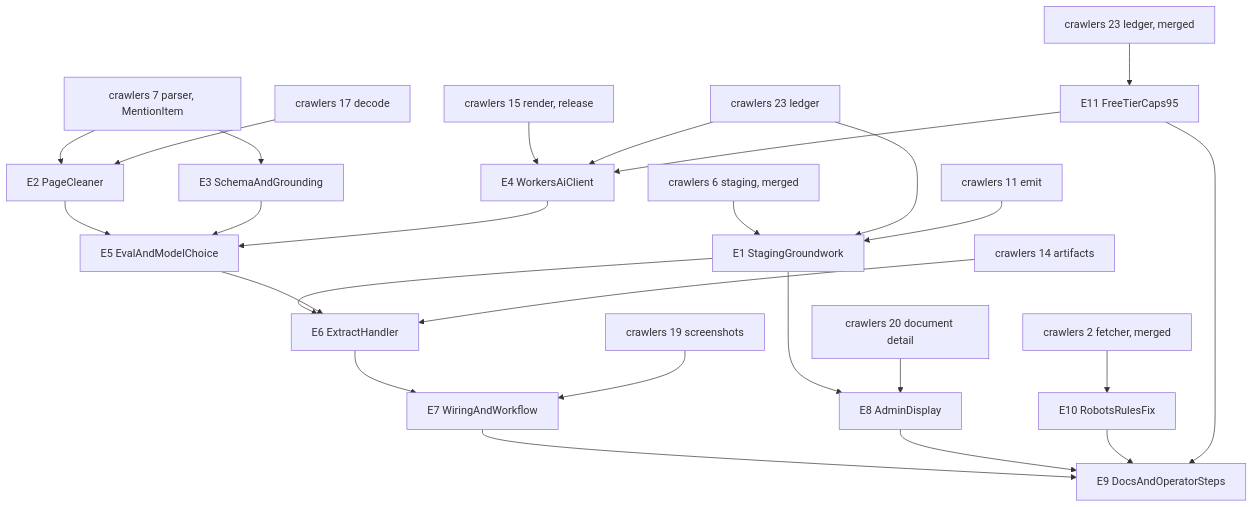
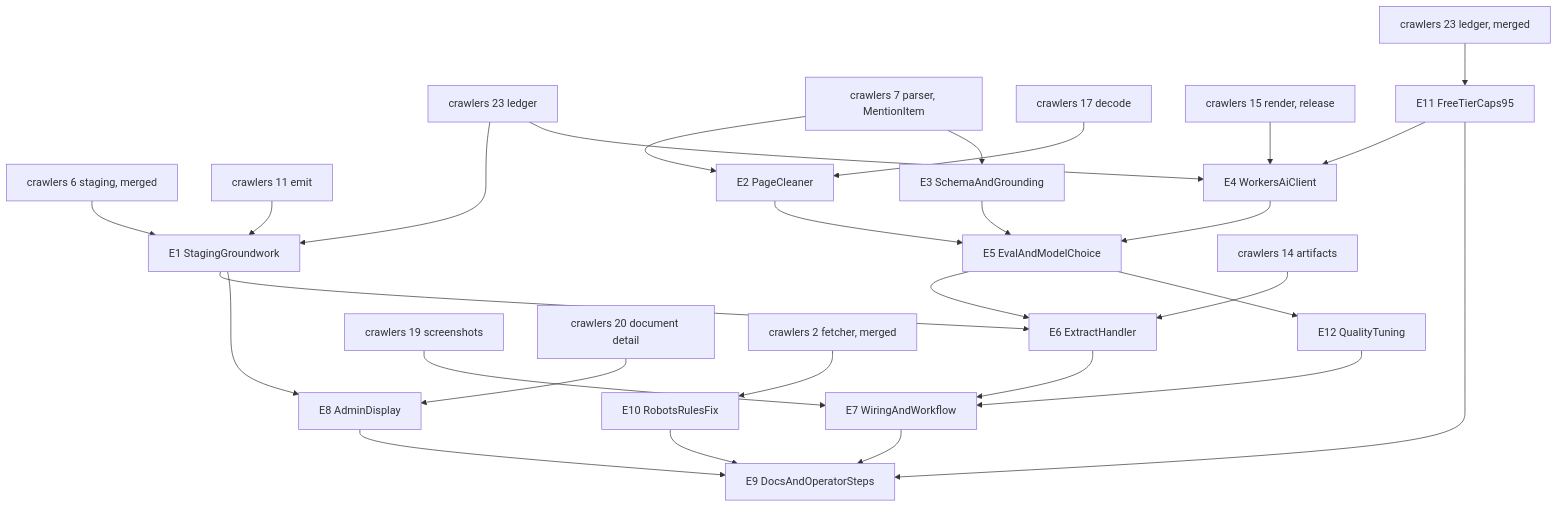
One commit to vadim-schultz/redtape changed the diagram in .plans/extraction/01-rollout.md. Above: the diagram before and after it, drawn with Mermaid. The commit also changed other lines of this file and 2 other files, not shown here.

Commit message:
docs(extraction): add chapter E12, quality tuning from the first live eval

````diff
--- a/.plans/extraction/01-rollout.md
+++ b/.plans/extraction/01-rollout.md
@@ -32,28 +32,30 @@
 ```mermaid
 flowchart TD
   K6[crawlers 6 staging, merged] --> E1[E1 StagingGroundwork]
   K23[crawlers 23 ledger] --> E1
   K11[crawlers 11 emit] --> E1
   K7[crawlers 7 parser, MentionItem] --> E2[E2 PageCleaner]
   K17[crawlers 17 decode] --> E2
   K7 --> E3[E3 SchemaAndGrounding]
   K15[crawlers 15 render, release] --> E4[E4 WorkersAiClient]
   K23 --> E4
   E2 --> E5[E5 EvalAndModelChoice]
   E3 --> E5
   E4 --> E5
   E1 --> E6[E6 ExtractHandler]
   E5 --> E6
   K14[crawlers 14 artifacts] --> E6
   E6 --> E7[E7 WiringAndWorkflow]
   K19[crawlers 19 screenshots] --> E7
   E1 --> E8[E8 AdminDisplay]
   K20[crawlers 20 document detail] --> E8
   E7 --> E9[E9 DocsAndOperatorSteps]
   E8 --> E9
   K2[crawlers 2 fetcher, merged] --> E10[E10 RobotsRulesFix]
   E10 --> E9
   K23b[crawlers 23 ledger, merged] --> E11[E11 FreeTierCaps95]
   E11 --> E4
   E11 --> E9
+  E5 --> E12[E12 QualityTuning]
+  E12 --> E7
 ```
````
